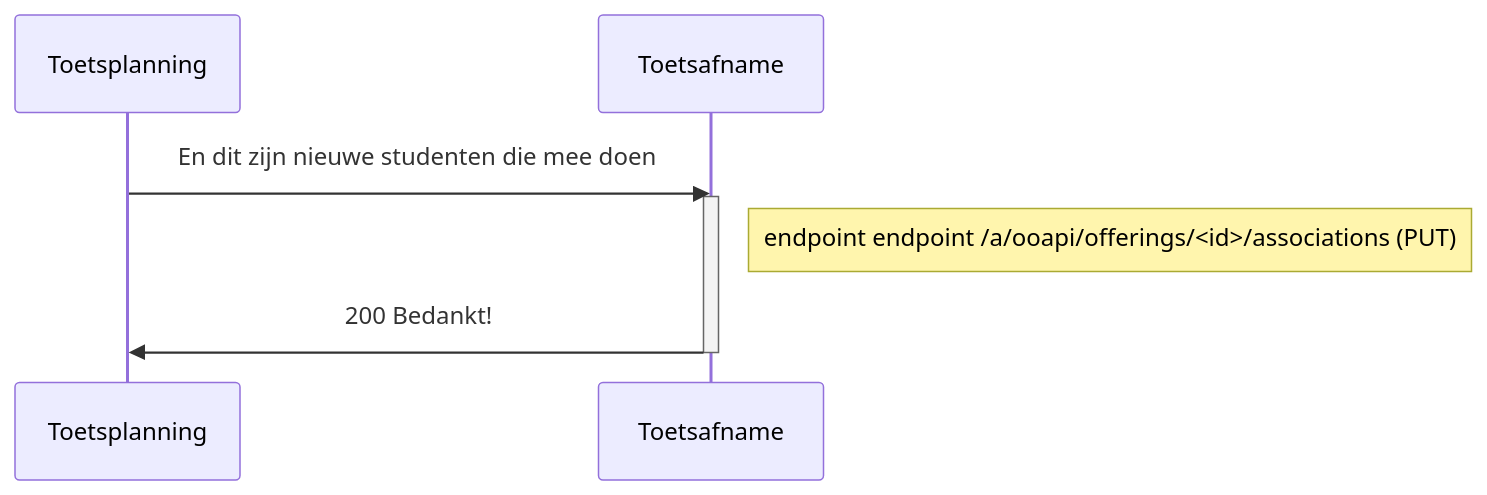
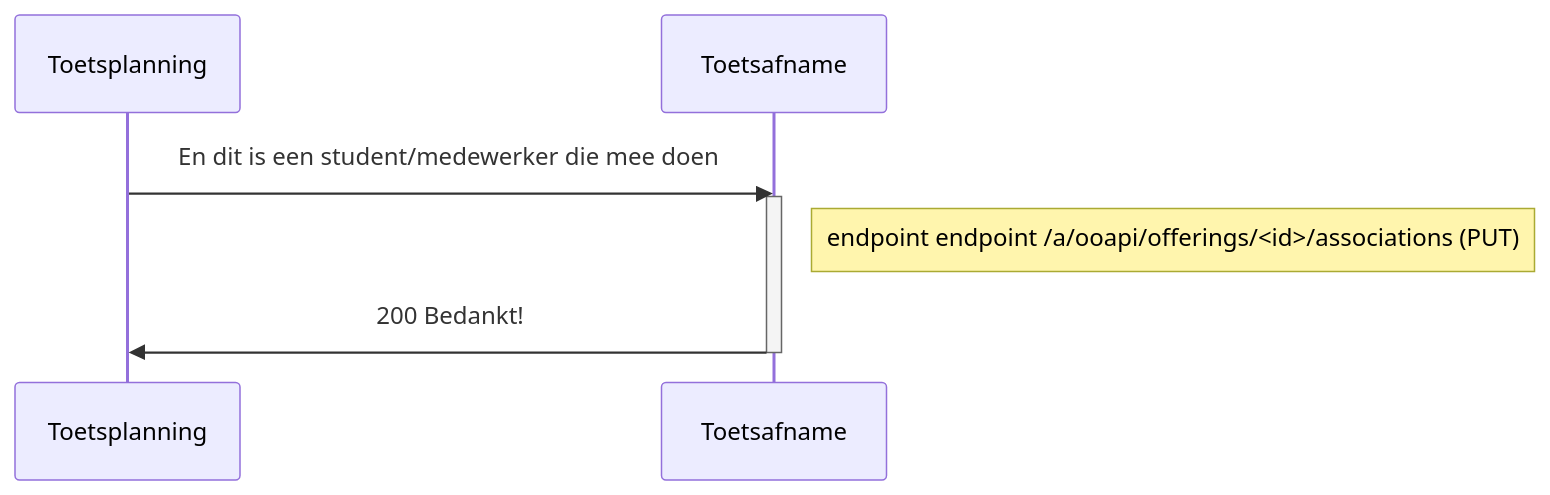
One commit to NetwerkExamineringDigitalisering/NED-OOAPI changed the third of 5 diagrams in doc/diagrams/flow2.md. Above: the diagram before and after it, drawn with Mermaid. The commit also changed other lines of this file, not shown here.

````diff
--- a/doc/diagrams/flow2.md
+++ b/doc/diagrams/flow2.md
@@ -46,8 +123,8 @@
 ```mermaid
 sequenceDiagram
-    Toetsplanning->>Toetsafname: En dit zijn nieuwe studenten die mee doen
+    Toetsplanning->>Toetsafname: En dit is een  student/medewerker die mee doen
     activate Toetsafname
     Note right of Toetsafname: endpoint endpoint /a/ooapi/offerings/<id>/associations (PUT)
     Toetsafname->>Toetsplanning: 200 Bedankt!
     deactivate Toetsafname
 ```
````
